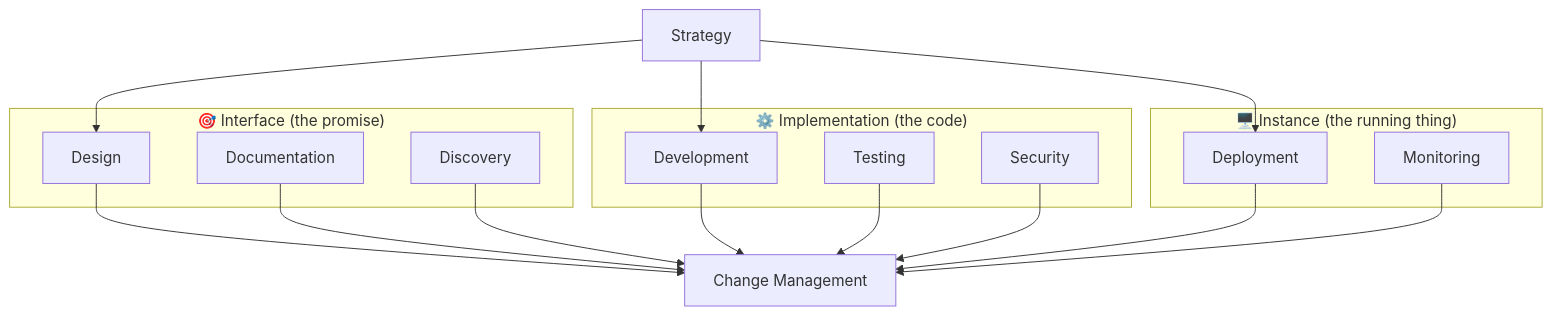
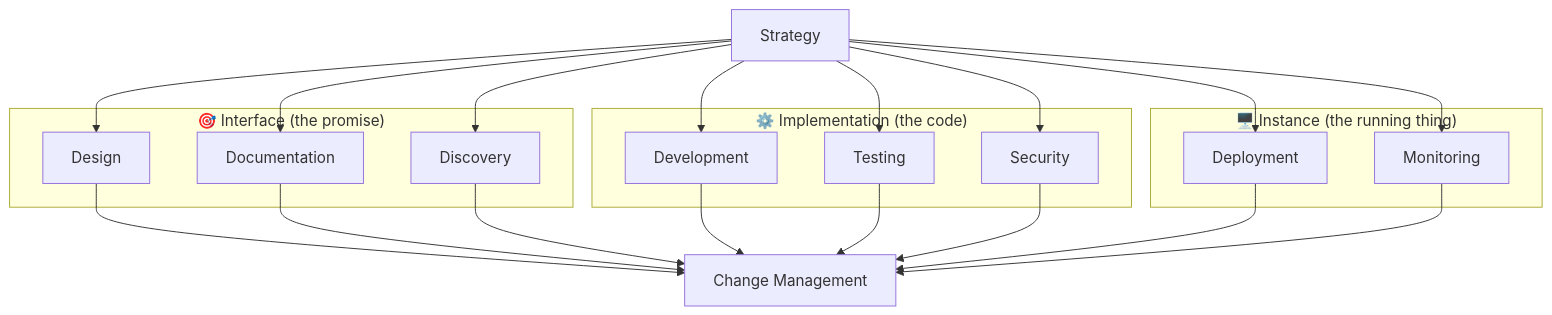
The first of 13 diagrams in resources/vulnerabilties/api testing/The 10 Pillars of Building an API Product: Everything I Wish Someone Had Told Me Earlier.md (aw-junaid/bug-bounty), drawn with Mermaid before and after one commit.

Commit message:
Update The 10 Pillars of Building an API Product: Everything I Wish Someone Had Told Me Earlier.md

````diff
--- a/resources/vulnerabilties/api testing/The 10 Pillars of Building an API Product: Everything I Wish Someone Had Told Me Earlier.md
+++ b/resources/vulnerabilties/api testing/The 10 Pillars of Building an API Product: Everything I Wish Someone Had Told Me Earlier.md
@@ -27,32 +27,45 @@
 ```mermaid
 flowchart TB
+    Strategy[Strategy]
+    
     subgraph Interface["🎯 Interface (the promise)"]
         Design[Design]
         Docs[Documentation]
         Discovery[Discovery]
     end
 
     subgraph Implementation["⚙️ Implementation (the code)"]
         Dev[Development]
         Testing[Testing]
         Security[Security]
     end
 
     subgraph Instance["🖥️ Instance (the running thing)"]
         Deploy[Deployment]
         Monitor[Monitoring]
     end
+    
+    ChangeMgmt[Change Management]
 
-    Strategy[Strategy] --> Design
+    Strategy --> Design
+    Strategy --> Docs
+    Strategy --> Discovery
+    
     Strategy --> Dev
+    Strategy --> Testing
+    Strategy --> Security
+    
     Strategy --> Deploy
+    Strategy --> Monitor
     
-    Design --> ChangeMgmt[Change Management]
+    Design --> ChangeMgmt
     Docs --> ChangeMgmt
     Discovery --> ChangeMgmt
+    
     Dev --> ChangeMgmt
     Testing --> ChangeMgmt
     Security --> ChangeMgmt
+    
     Deploy --> ChangeMgmt
     Monitor --> ChangeMgmt
 ```
````
